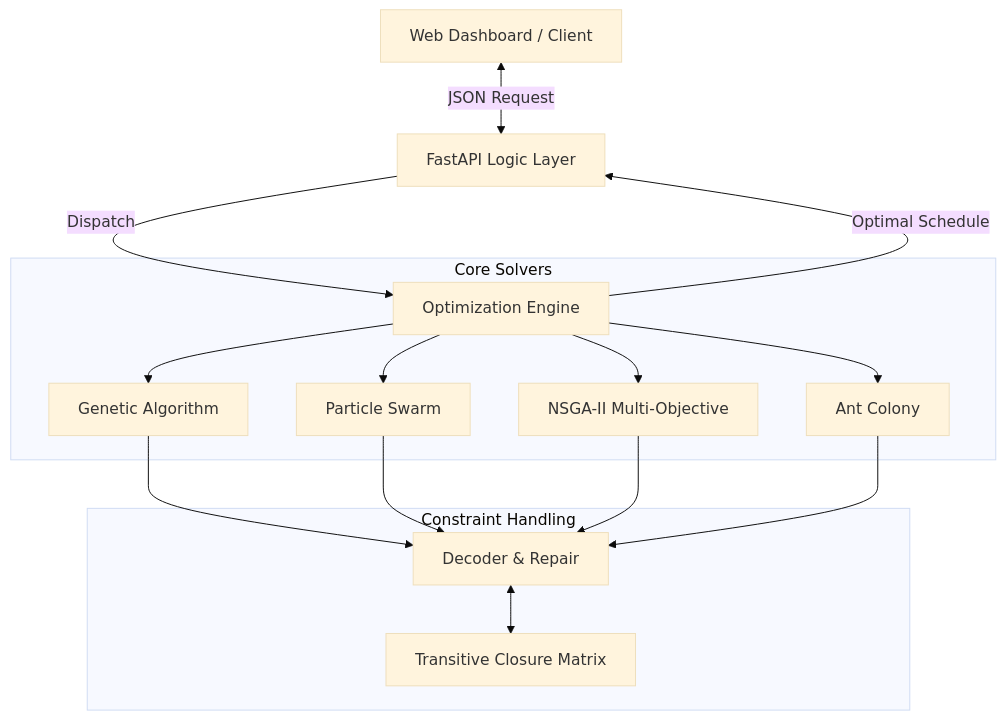
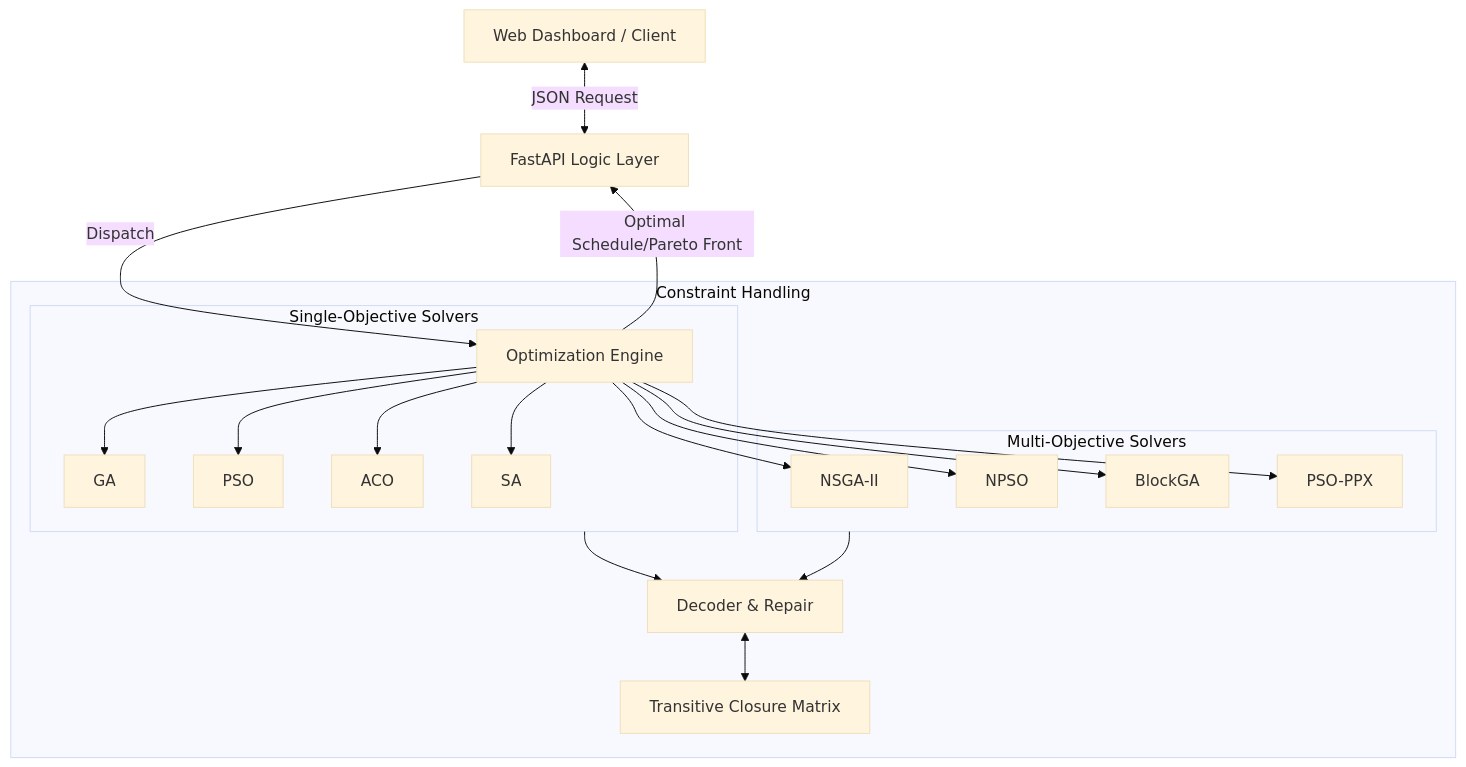
The diagram in README.md (qwsazx852/anufacturing-algorithm-portfolio), drawn with Mermaid (base theme) before and after one commit. The commit also changed other lines of this file, not shown here.

Commit message:
docs: Update system diagram and file tree to match refactored structure

````diff
--- a/README.md
+++ b/README.md
@@ -65,19 +65,26 @@
 ```mermaid
 graph TD
     Client[Web Dashboard / Client] <-->|JSON Request| API[FastAPI Logic Layer]
     API -->|Dispatch| Engine[Optimization Engine]
     
-    subgraph Core Solvers
-        Engine --> GA[Genetic Algorithm]
-        Engine --> PSO[Particle Swarm]
-        Engine --> NSGA[NSGA-II Multi-Objective]
-        Engine --> ACO[Ant Colony]
+    subgraph SingleObj [Single-Objective Solvers]
+        Engine --> GA[GA]
+        Engine --> PSO[PSO]
+        Engine --> ACO[ACO]
+        Engine --> SA[SA]
     end
     
-    subgraph Constraint Handling
-        GA & PSO & NSGA & ACO --> Decoder[Decoder & Repair]
+    subgraph MultiObj [Multi-Objective Solvers]
+        Engine --> NSGA[NSGA-II]
+        Engine --> NPSO[NPSO]
+        Engine --> BlockGA[BlockGA]
+        Engine --> PSOPPX[PSO-PPX]
+    end
+    
+    subgraph Constraints [Constraint Handling]
+        SingleObj & MultiObj --> Decoder[Decoder & Repair]
         Decoder <--> Matrix[Transitive Closure Matrix]
     end
     
-    Engine -->|Optimal Schedule| API
+    Engine -->|Optimal Schedule/Pareto Front| API
 ```
````
